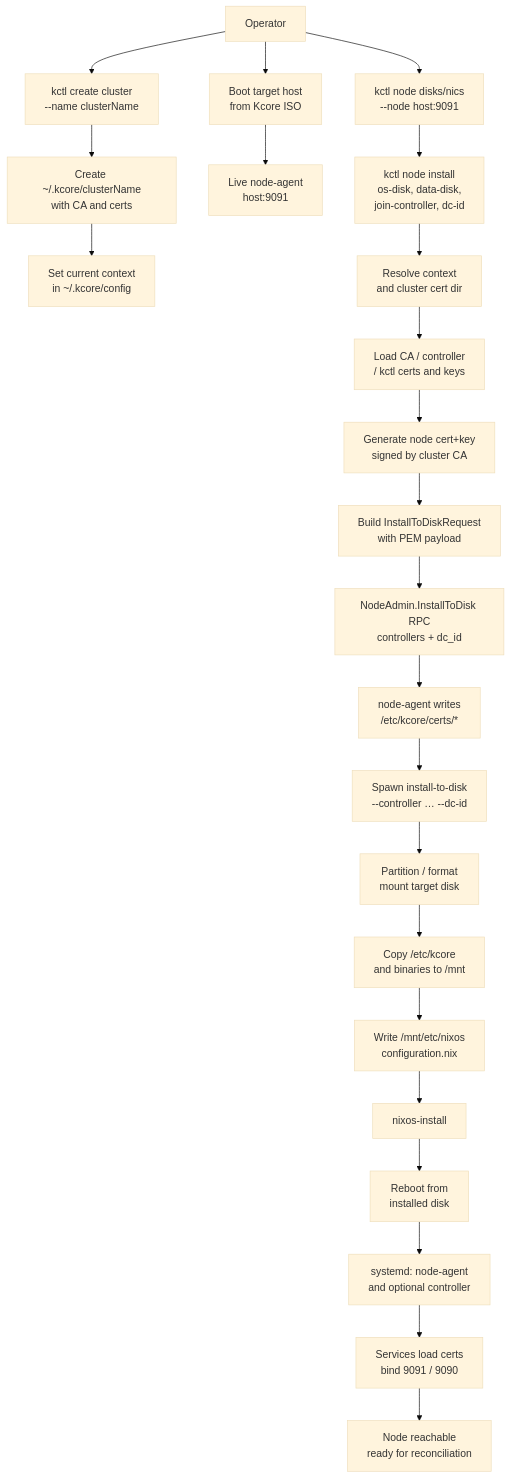
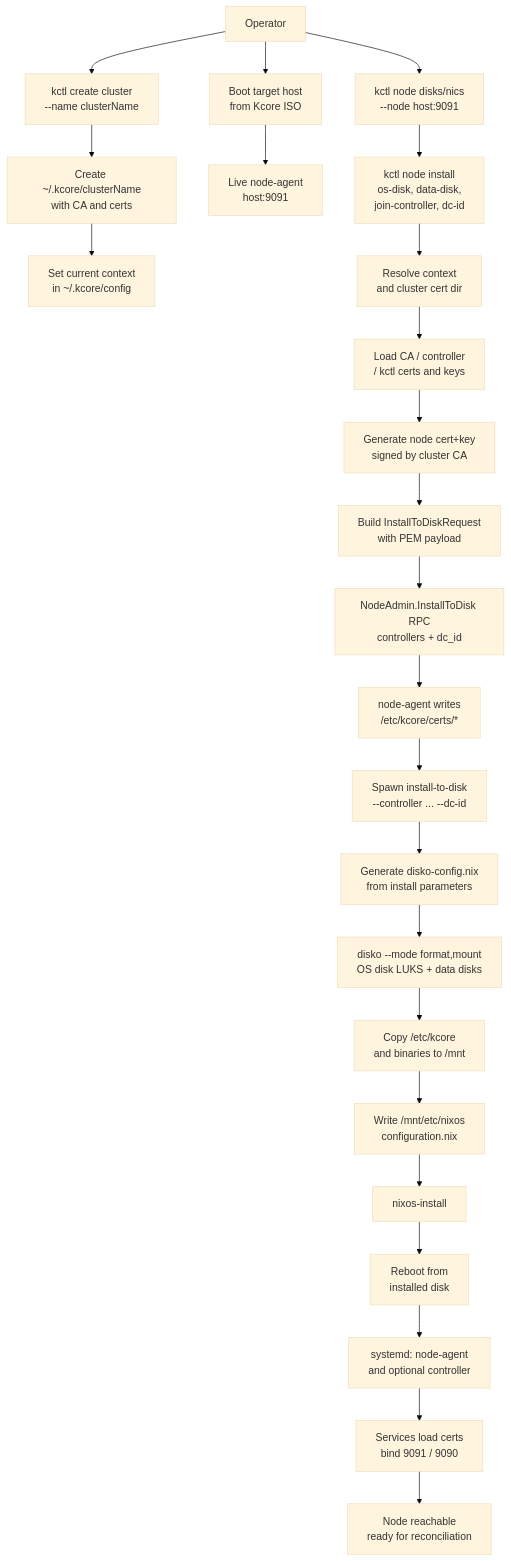
The first of 3 diagrams in docs/node-install-bootstrap-flow.md (kcorehypervisor/kcore), drawn with Mermaid (base theme) before and after one commit. The commit also changed other lines of this file and 8 other files, not shown here.

Commit message:
Install kcore using LVM and TPM

````diff
--- a/docs/node-install-bootstrap-flow.md
+++ b/docs/node-install-bootstrap-flow.md
@@ -47,30 +48,31 @@
 ```mermaid
 flowchart TD
   user[Operator] --> createCluster["kctl create cluster<br/>--name clusterName"]
   createCluster --> clusterDir["Create ~/.kcore/clusterName<br/>with CA and certs"]
   clusterDir --> selectCtx["Set current context<br/>in ~/.kcore/config"]
 
   user --> bootIso["Boot target host<br/>from Kcore ISO"]
   bootIso --> nodeAgentLive["Live node-agent<br/>host:9091"]
 
   user --> discover["kctl node disks/nics<br/>--node host:9091"]
   discover --> installCmd["kctl node install<br/>os-disk, data-disk,<br/>join-controller, dc-id"]
 
   installCmd --> loadCtx["Resolve context<br/>and cluster cert dir"]
   loadCtx --> loadClusterPki["Load CA / controller<br/>/ kctl certs and keys"]
   loadClusterPki --> genNodeCert["Generate node cert+key<br/>signed by cluster CA"]
   genNodeCert --> buildReq["Build InstallToDiskRequest<br/>with PEM payload"]
   buildReq --> sendRpc["NodeAdmin.InstallToDisk RPC<br/>controllers + dc_id"]
 
   sendRpc --> writeBootstrap["node-agent writes<br/>/etc/kcore/certs/*"]
-  writeBootstrap --> runInstaller["Spawn install-to-disk<br/>--controller … --dc-id"]
-  runInstaller --> partitionDisk["Partition / format<br/>mount target disk"]
-  partitionDisk --> copyKcore["Copy /etc/kcore<br/>and binaries to /mnt"]
+  writeBootstrap --> runInstaller["Spawn install-to-disk<br/>--controller ... --dc-id"]
+  runInstaller --> genDisko["Generate disko-config.nix<br/>from install parameters"]
+  genDisko --> diskoRun["disko --mode format,mount<br/>OS disk LUKS + data disks"]
+  diskoRun --> copyKcore["Copy /etc/kcore<br/>and binaries to /mnt"]
   copyKcore --> writeNixos["Write /mnt/etc/nixos<br/>configuration.nix"]
   writeNixos --> nixosInstall["nixos-install"]
   nixosInstall --> rebootHost["Reboot from<br/>installed disk"]
 
   rebootHost --> startServices["systemd: node-agent<br/>and optional controller"]
   startServices --> tlsReady["Services load certs<br/>bind 9091 / 9090"]
   tlsReady --> healthy["Node reachable<br/>ready for reconciliation"]
 ```
````
